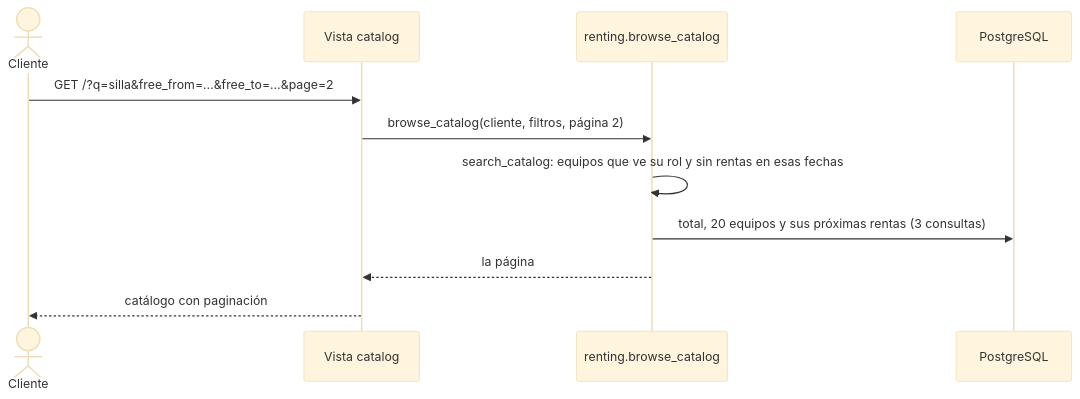
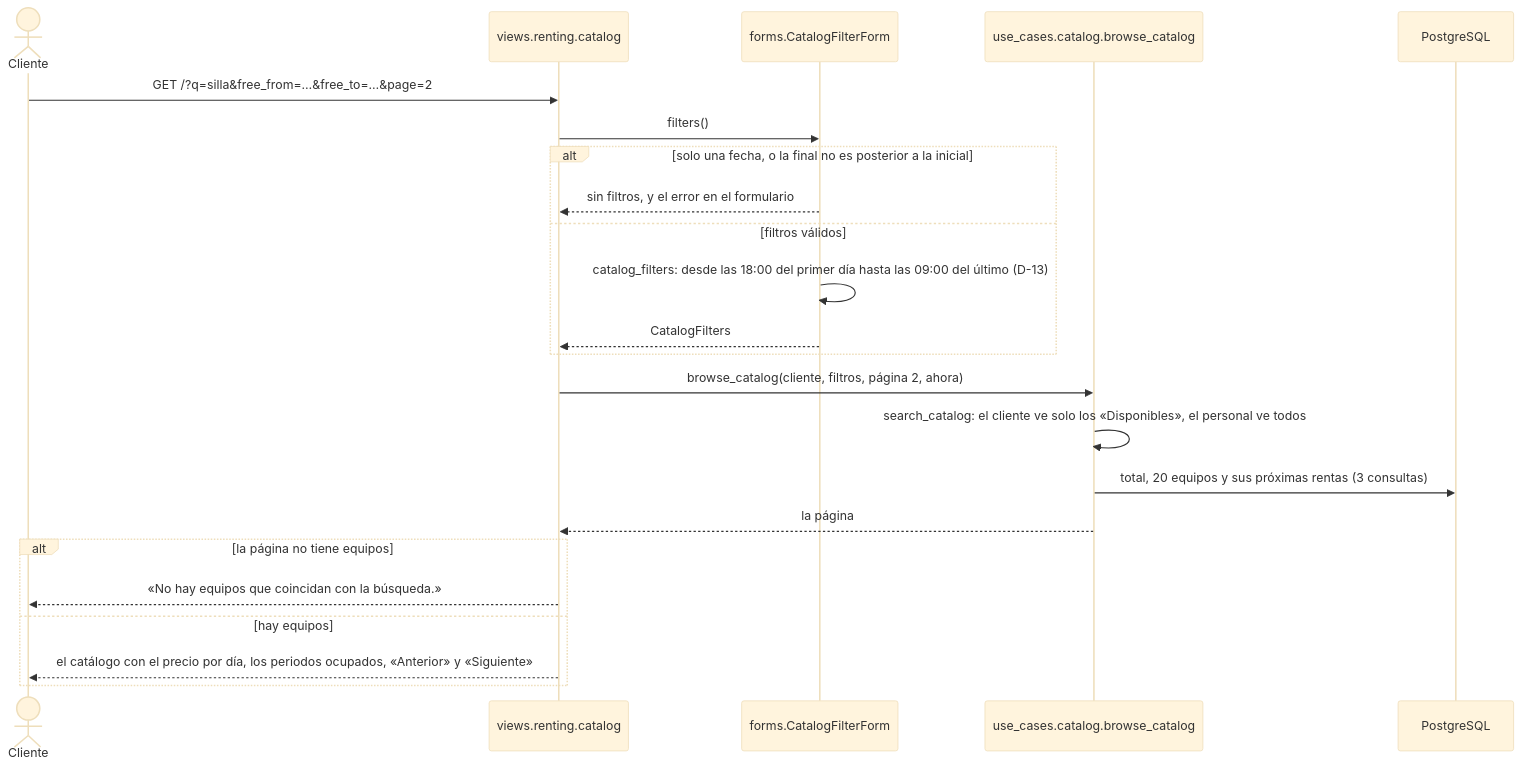
The fourth of 17 diagrams in docs/casos-de-uso.md (peterteranb/astra-rent-system), drawn with Mermaid (base theme) before and after one commit. The commit also changed other lines of this file and 12 other files, not shown here.

Commit message:
docs: final docs index, decisions and checked sequence diagrams

````diff
--- a/docs/casos-de-uso.md
+++ b/docs/casos-de-uso.md
@@ -211,13 +221,25 @@
 ```mermaid
 sequenceDiagram
     actor C as Cliente
-    participant V as Vista catalog
-    participant U as renting.browse_catalog
+    participant V as views.renting.catalog
+    participant F as forms.CatalogFilterForm
+    participant U as use_cases.catalog.browse_catalog
     participant BD as PostgreSQL
     C->>V: GET /?q=silla&free_from=…&free_to=…&page=2
-    V->>U: browse_catalog(cliente, filtros, página 2)
-    U->>U: search_catalog: equipos que ve su rol y sin rentas en esas fechas
+    V->>F: filters()
+    alt solo una fecha, o la final no es posterior a la inicial
+        F-->>V: sin filtros, y el error en el formulario
+    else filtros válidos
+        F->>F: catalog_filters: desde las 18:00 del primer día hasta las 09:00 del último (D-13)
+        F-->>V: CatalogFilters
+    end
+    V->>U: browse_catalog(cliente, filtros, página 2, ahora)
+    U->>U: search_catalog: el cliente ve solo los «Disponibles», el personal ve todos
     U->>BD: total, 20 equipos y sus próximas rentas (3 consultas)
     U-->>V: la página
-    V-->>C: catálogo con paginación
+    alt la página no tiene equipos
+        V-->>C: «No hay equipos que coincidan con la búsqueda.»
+    else hay equipos
+        V-->>C: el catálogo con el precio por día, los periodos ocupados, «Anterior» y «Siguiente»
+    end
 ```
````
